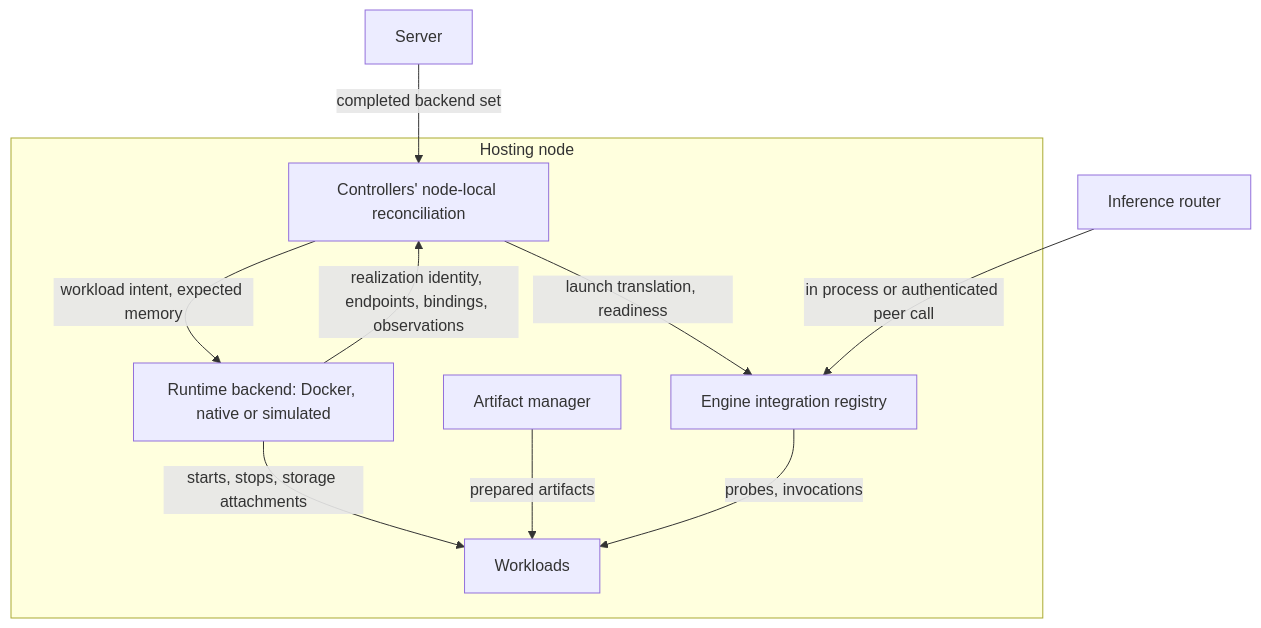
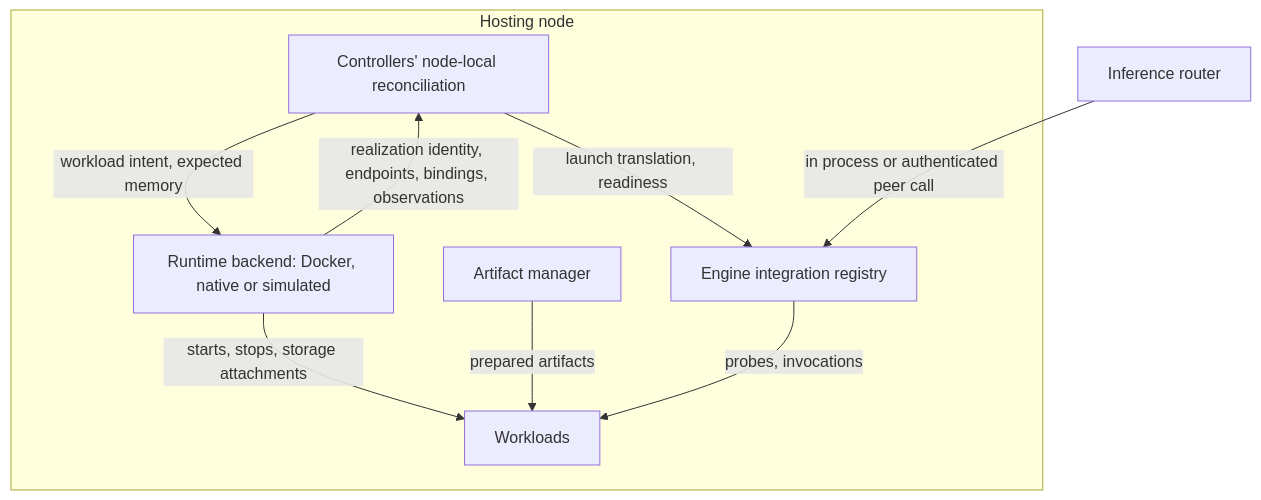
One commit to dotcoreai/dotcore changed the first of 3 diagrams in docs/specs/runtime.md. Above: the diagram before and after it, drawn with Mermaid. The commit also changed other lines of this file and 1 other file, not shown here.

````diff
--- a/docs/specs/runtime.md
+++ b/docs/specs/runtime.md
@@ -20,19 +20,18 @@
 ```mermaid
 flowchart TB
-  SRV["Server"] -->|"completed backend set"| CTRL
   subgraph Node["Hosting node"]
     CTRL["Controllers' node-local reconciliation"]
     EIR["Engine integration registry"]
     RB["Runtime backend: Docker, native or simulated"]
     AM["Artifact manager"]
     W["Workloads"]
   end
   RTR["Inference router"]
   CTRL -->|"workload intent, expected memory"| RB
   RB -->|"realization identity, endpoints, bindings, observations"| CTRL
   RB -->|"starts, stops, storage attachments"| W
   AM -->|"prepared artifacts"| W
   CTRL -->|"launch translation, readiness"| EIR
   RTR -->|"in process or authenticated peer call"| EIR
   EIR -->|"probes, invocations"| W
 ```
````
